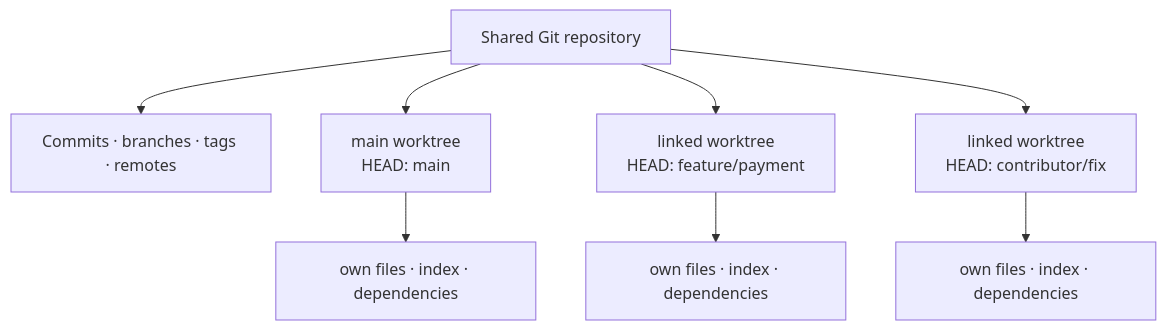
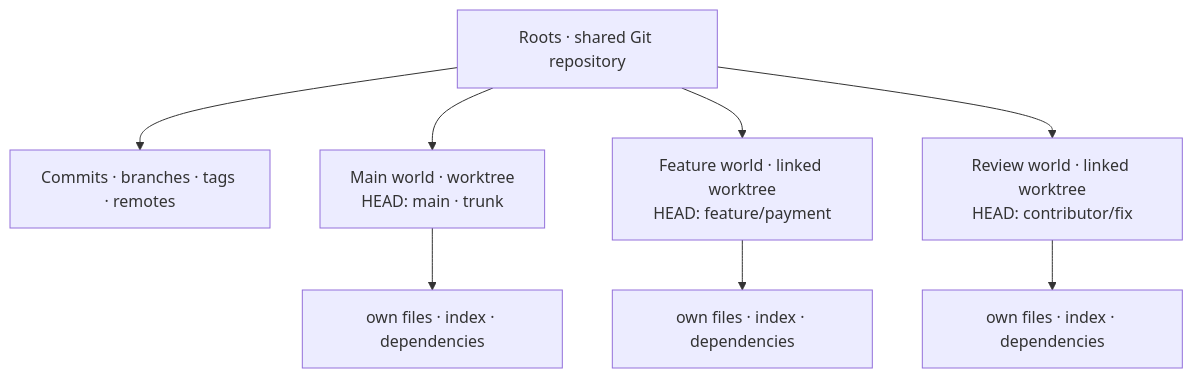
One commit to phillippbertram/wald-worktree changed the first of 3 diagrams in docs/worktrees.md. Above: the diagram before and after it, drawn with Mermaid. The commit also changed other lines of this file and 25 other files, not shown here.

````diff
--- a/docs/worktrees.md
+++ b/docs/worktrees.md
@@ -18,12 +36,12 @@
 ```mermaid
 flowchart TB
-    Repo["Shared Git repository"]
+    Repo["Roots · shared Git repository"]
     Repo --> History["Commits · branches · tags · remotes"]
-    Repo --> Main["main worktree<br/>HEAD: main"]
-    Repo --> Feature["linked worktree<br/>HEAD: feature/payment"]
-    Repo --> Review["linked worktree<br/>HEAD: contributor/fix"]
+    Repo --> Main["Main world · worktree<br/>HEAD: main · trunk"]
+    Repo --> Feature["Feature world · linked worktree<br/>HEAD: feature/payment"]
+    Repo --> Review["Review world · linked worktree<br/>HEAD: contributor/fix"]
 
     Main --> MainFiles["own files · index · dependencies"]
     Feature --> FeatureFiles["own files · index · dependencies"]
     Review --> ReviewFiles["own files · index · dependencies"]
 ```
````
